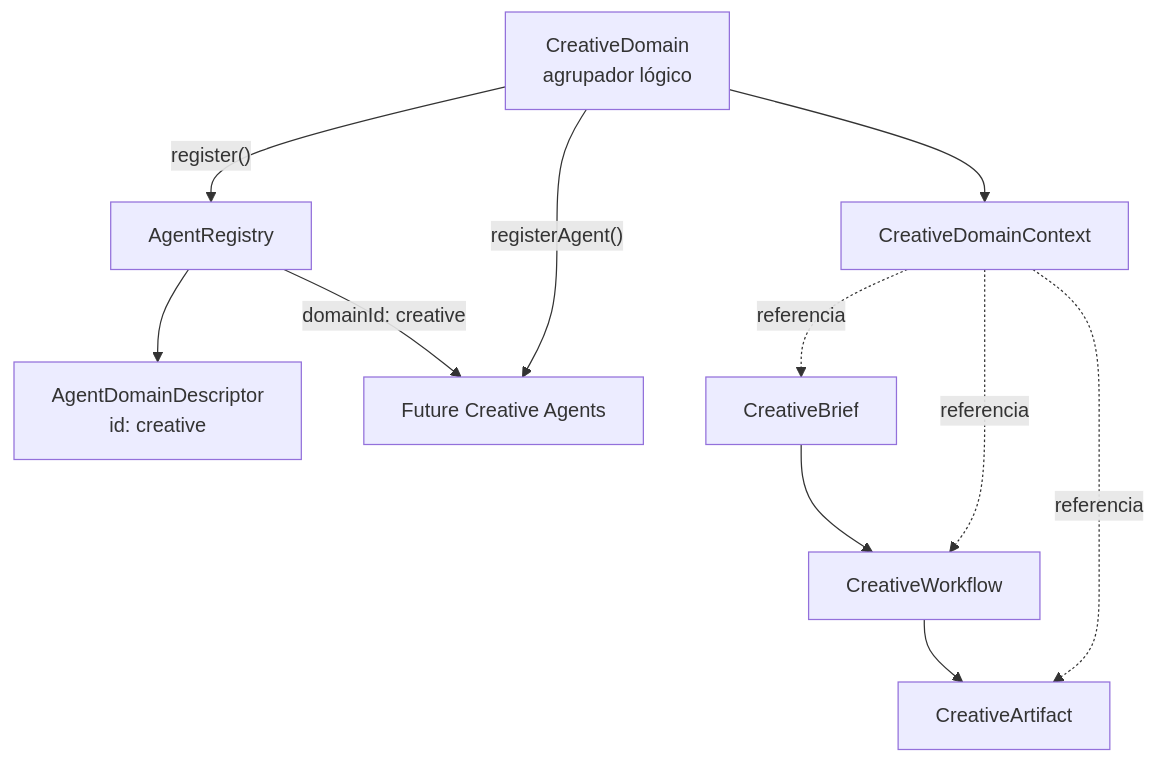
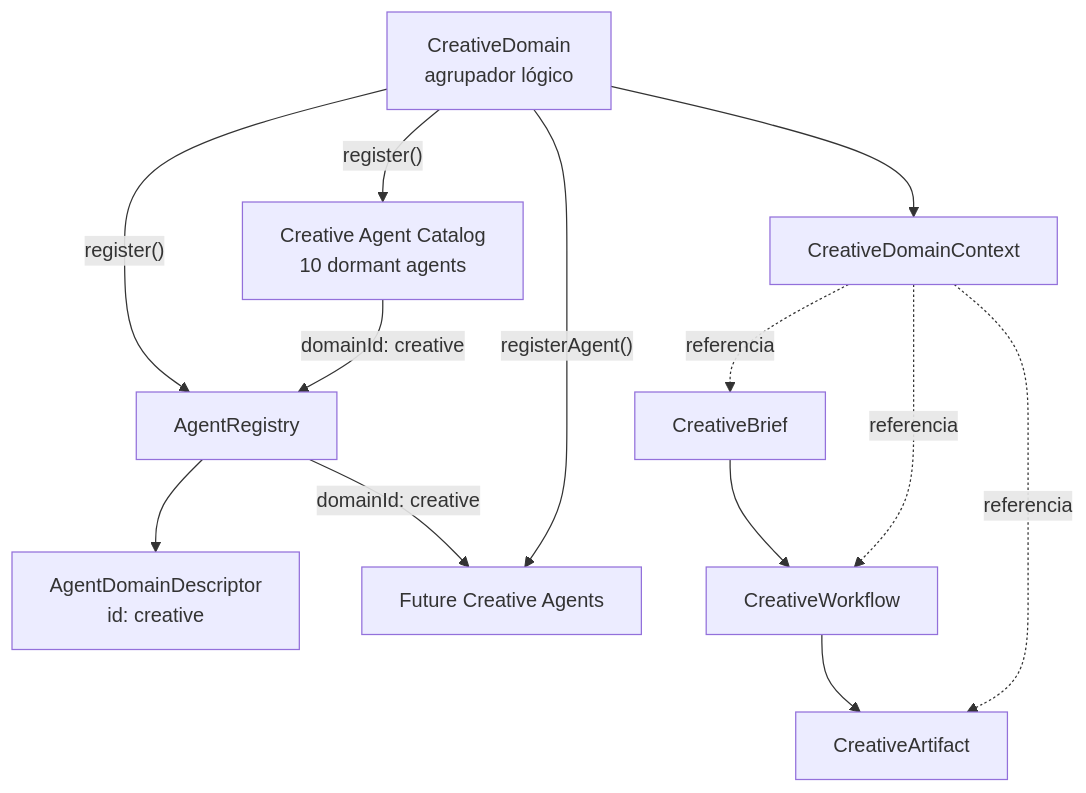
One commit to eltonjr13/kaoz.1 changed the first of 3 diagrams in docs/CREATIVE_DOMAIN.md. Above: the diagram before and after it, drawn with Mermaid. The commit also changed other lines of this file and 2 other files, not shown here.

Commit message:
CreativeDomain architecture and update AgentRegistry with domain management capabilities

````diff
--- a/docs/CREATIVE_DOMAIN.md
+++ b/docs/CREATIVE_DOMAIN.md
@@ -14,22 +16,25 @@
 ```mermaid
 flowchart TB
     AR["AgentRegistry"]
     DD["AgentDomainDescriptor<br/>id: creative"]
     CD["CreativeDomain<br/>agrupador lógico"]
     CA["Future Creative Agents"]
+    CAT["Creative Agent Catalog<br/>10 dormant agents"]
     CB["CreativeBrief"]
     CW["CreativeWorkflow"]
     CC["CreativeDomainContext"]
     ART["CreativeArtifact"]
 
     CD -->|"register()"| AR
     AR --> DD
+    CD -->|"register()"| CAT
+    CAT -->|"domainId: creative"| AR
     CD -->|"registerAgent()"| CA
     AR -->|"domainId: creative"| CA
     CD --> CC
     CB --> CW
     CW --> ART
     CC -. referencia .-> CB
     CC -. referencia .-> CW
     CC -. referencia .-> ART
 ```
````
